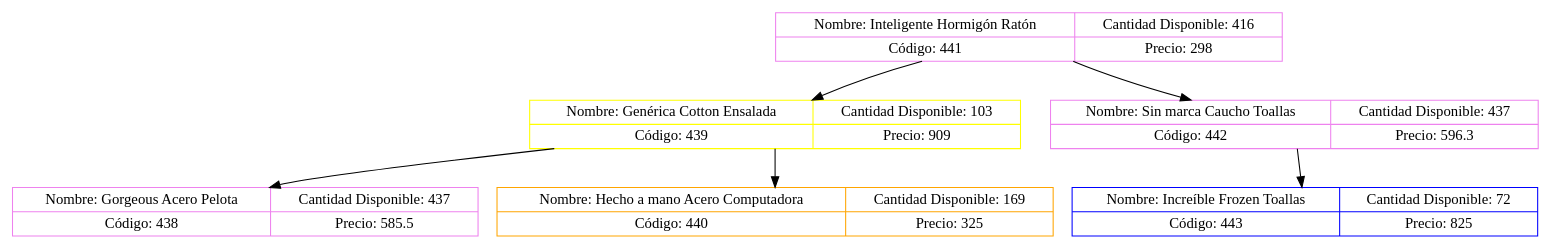
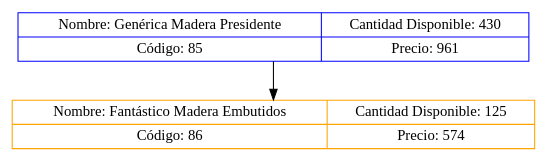
One commit to Daniel-Chicas/EDD_VirtualMall_201807079 changed the diagram in cliente/src/ImagenArbol/ArbolProductos.dot. Above: the diagram before and after it, drawn with Graphviz. The commit also changed 6 other files, not shown here.

```diff
--- a/cliente/src/ImagenArbol/ArbolProductos.dot
+++ b/cliente/src/ImagenArbol/ArbolProductos.dot
@@ -1,13 +1,5 @@
 digraph Arbol{node[shape="record"];
-node0xc000110900[label="{Nombre: Inteligente Hormigón Ratón|Código: 441}|{Cantidad Disponible: 416|Precio: 298}" color="violet"];
-node0xc0001108a0[label="{Nombre: Genérica Cotton Ensalada|Código: 439}|{Cantidad Disponible: 103|Precio: 909}" color="yellow"];
-node0xc000110900:f0->node0xc0001108a0:f1
-node0xc0001107e0[label="{Nombre: Gorgeous Acero Pelota|Código: 438}|{Cantidad Disponible: 437|Precio: 585.5}" color="violet"];
-node0xc0001108a0:f0->node0xc0001107e0:f1
-node0xc0001109c0[label="{Nombre: Hecho a mano Acero Computadora|Código: 440}|{Cantidad Disponible: 169|Precio: 325}" color="orange"];
-node0xc0001108a0:f2->node0xc0001109c0:f1
-node0xc000110840[label="{Nombre: Sin marca Caucho Toallas|Código: 442}|{Cantidad Disponible: 437|Precio: 596.3}" color="violet"];
-node0xc000110900:f2->node0xc000110840:f1
-node0xc000110960[label="{Nombre: Increíble Frozen Toallas|Código: 443}|{Cantidad Disponible: 72|Precio: 825}" color="blue"];
-node0xc000110840:f2->node0xc000110960:f1
+node0xc000040300[label="{Nombre: Genérica Madera Presidente|Código: 85}|{Cantidad Disponible: 430|Precio: 961}" color="blue"];
+node0xc000040360[label="{Nombre: Fantástico Madera Embutidos|Código: 86}|{Cantidad Disponible: 125|Precio: 574}" color="orange"];
+node0xc000040300:f2->node0xc000040360:f1
 }
```
